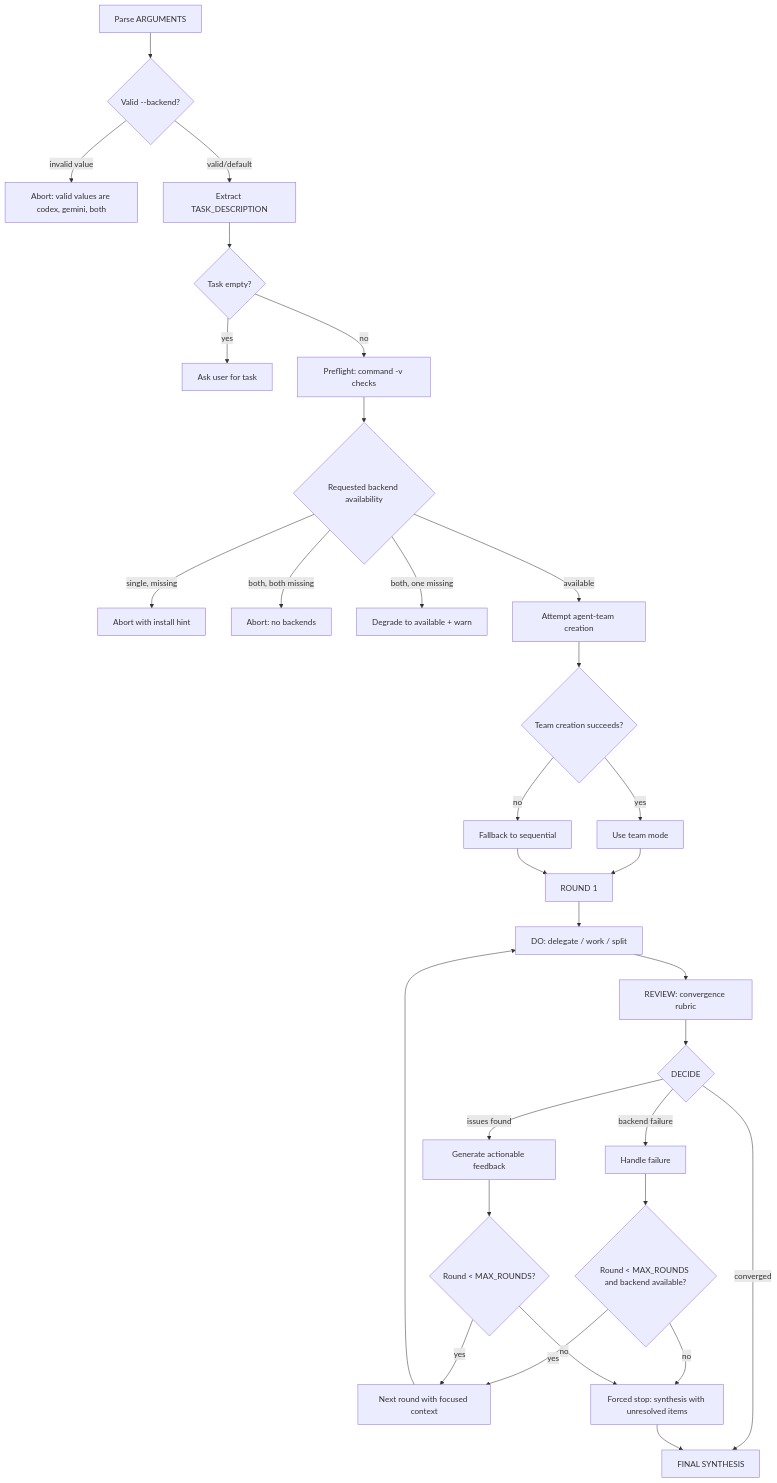
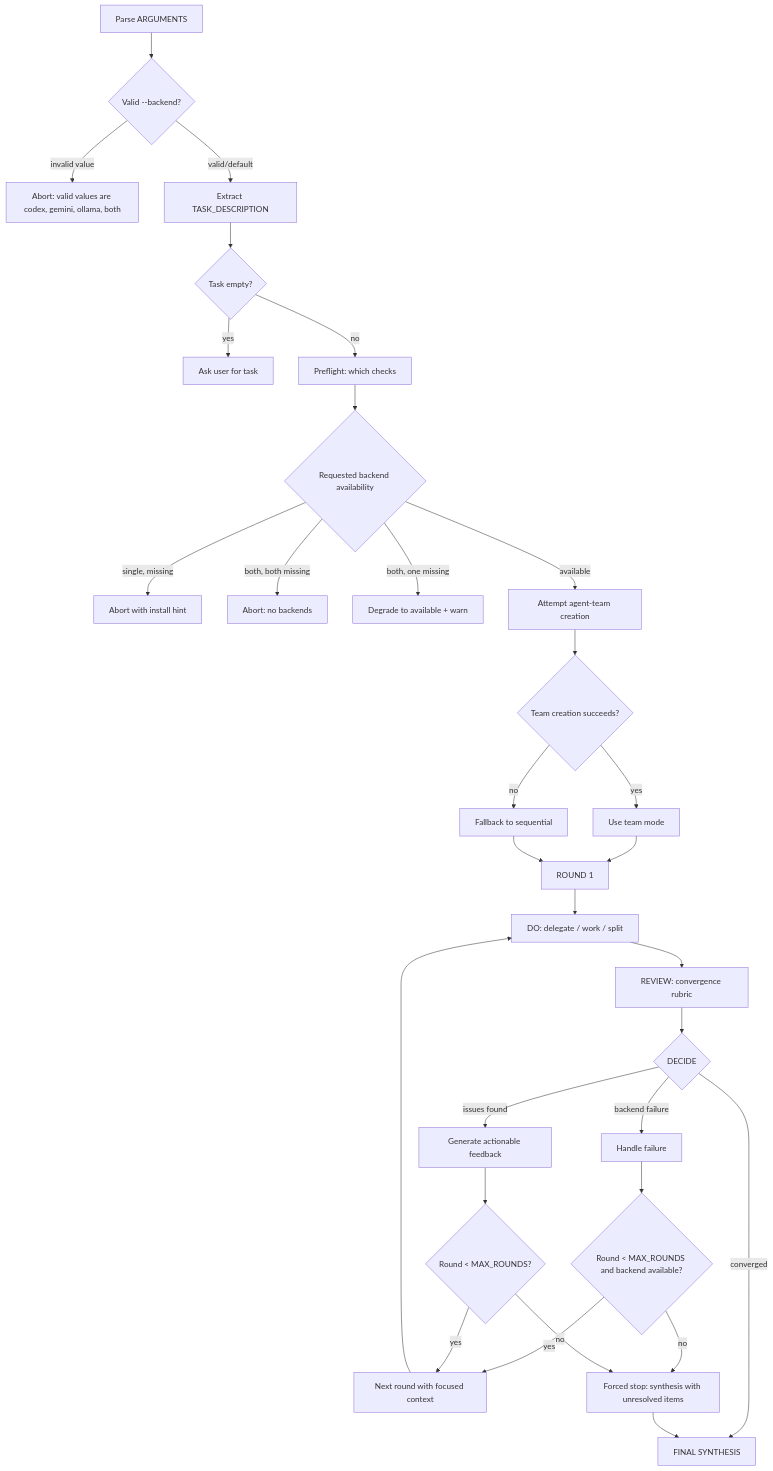
The first of 4 diagrams in architecture/03-phone-a-team-loop.md (freibergergarcia/phone-a-friend), drawn with Mermaid before and after one commit. The commit also changed other lines of this file and 81 other files, not shown here.

````diff
--- a/architecture/03-phone-a-team-loop.md
+++ b/architecture/03-phone-a-team-loop.md
@@ -7,38 +7,38 @@
 ```mermaid
 flowchart TD
   A["Parse ARGUMENTS"] --> B{"Valid --backend?"}
-  B -- invalid value --> E1["Abort: valid values are codex, gemini, both"]
+  B -- invalid value --> E1["Abort: valid values are codex, gemini, ollama, both"]
   B -- valid/default --> C["Extract TASK_DESCRIPTION"]
   C --> D{Task empty?}
   D -- yes --> E2[Ask user for task]
-  D -- no --> F["Preflight: command -v checks"]
+  D -- no --> F["Preflight: which checks"]
 
   F --> G{Requested backend availability}
   G -- "single, missing" --> E3[Abort with install hint]
   G -- "both, both missing" --> E4[Abort: no backends]
   G -- "both, one missing" --> H[Degrade to available + warn]
   G -- available --> I[Attempt agent-team creation]
 
   I --> J{Team creation succeeds?}
   J -- yes --> K[Use team mode]
   J -- no --> L[Fallback to sequential]
 
   K --> M["ROUND 1"]
   L --> M
 
   M --> N["DO: delegate / work / split"]
   N --> O["REVIEW: convergence rubric"]
   O --> P{DECIDE}
   P -- converged --> Z["FINAL SYNTHESIS"]
   P -- backend failure --> Q[Handle failure]
   P -- issues found --> R[Generate actionable feedback]
 
   Q --> S{"Round < MAX_ROUNDS and backend available?"}
   R --> T{"Round < MAX_ROUNDS?"}
   S -- yes --> U[Next round with focused context]
   S -- no --> Y["Forced stop: synthesis with unresolved items"]
   T -- yes --> U
   T -- no --> Y
   U --> N
   Y --> Z
 ```
````
